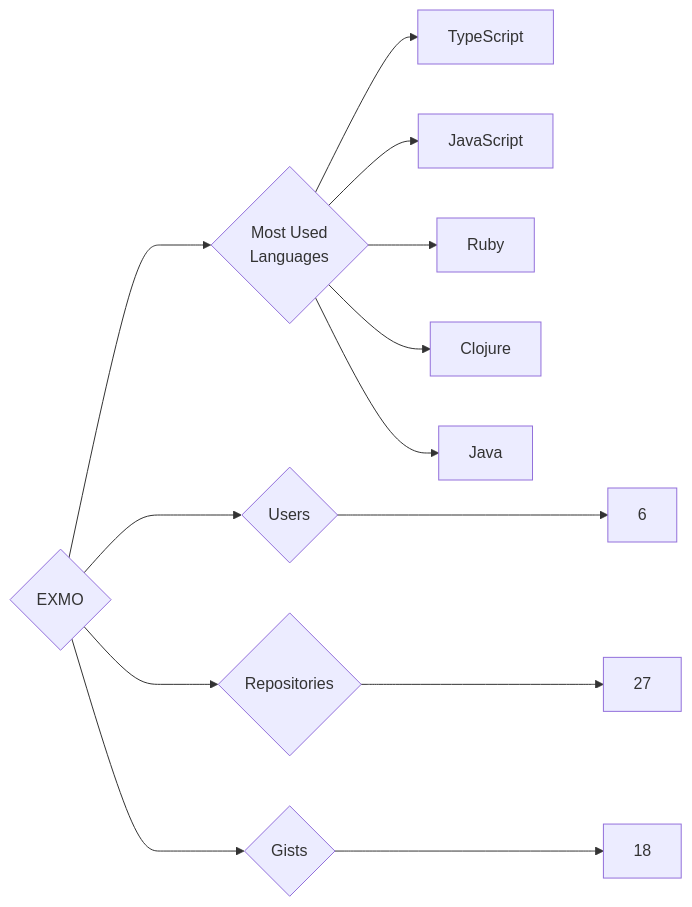
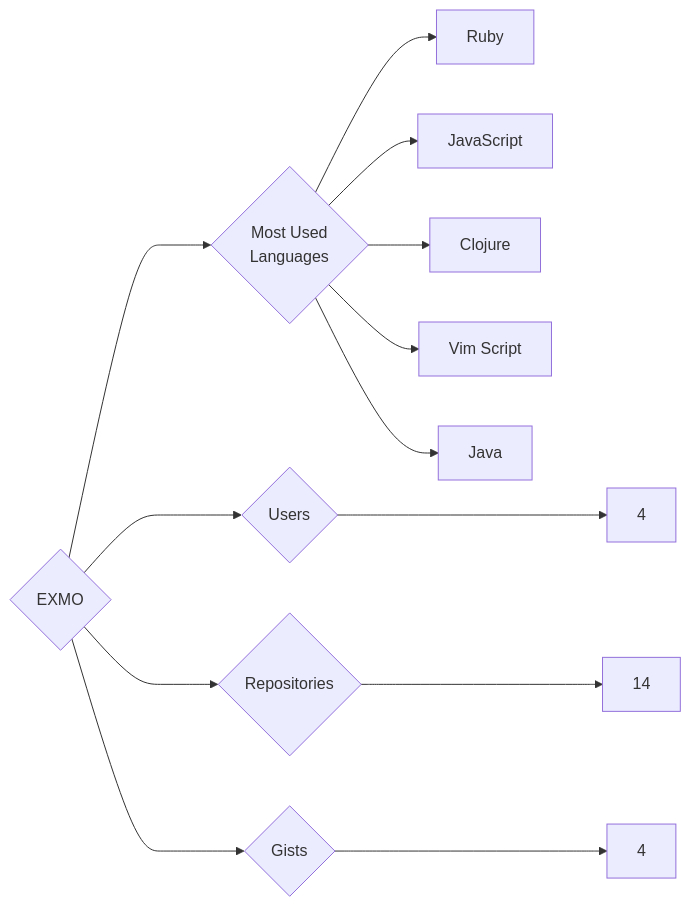
One commit to trickest/insiders changed the diagram in targets/EXMO/README.md. Above: the diagram before and after it, drawn with Mermaid. The commit also changed 1092 other files, not shown here.

````diff
--- a/targets/EXMO/README.md
+++ b/targets/EXMO/README.md
@@ -3,13 +3,13 @@
 ```mermaid
 graph LR
 COMPANY_NAME{EXMO}
-COMPANY_NAME ---> U{Users} ---> UN[6]
-COMPANY_NAME ---> R{Repositories} ---> RN[27]
-COMPANY_NAME ---> G{Gists} ---> GN[18]
+COMPANY_NAME ---> U{Users} ---> UN[4]
+COMPANY_NAME ---> R{Repositories} ---> RN[14]
+COMPANY_NAME ---> G{Gists} ---> GN[4]
 COMPANY_NAME ---> ML{Most Used<br>Languages}
-ML --> TypeScript[TypeScript]
+ML --> Ruby[Ruby]
 ML --> JavaScript[JavaScript]
-ML --> Ruby[Ruby]
 ML --> Clojure[Clojure]
+ML --> Vim_Script[Vim Script]
 ML --> Java[Java]
 ```
````
